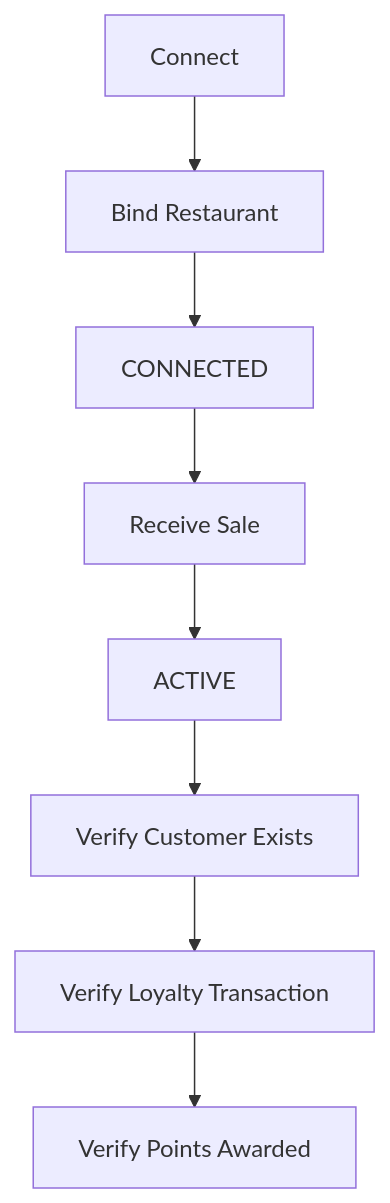
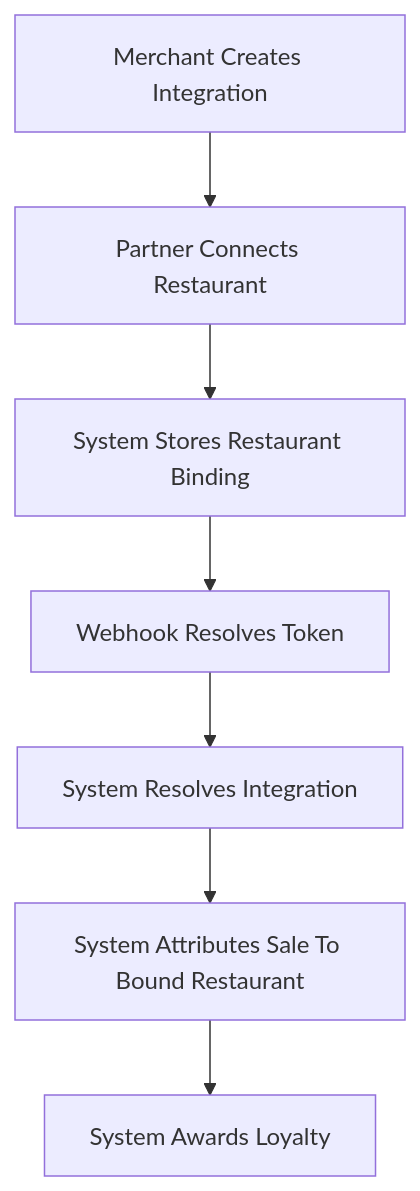
One commit to krischal07/docs changed the diagram in integrations/restrox/PARTNER-HANDOFF.md. Above: the diagram before and after it, drawn with Mermaid. The commit also changed other lines of this file and 42 other files, not shown here.

````diff
--- a/integrations/restrox/PARTNER-HANDOFF.md
+++ b/integrations/restrox/PARTNER-HANDOFF.md
@@ -27,10 +27,9 @@
 ```mermaid
 flowchart TD
-  A["Connect"] --> B["Bind Restaurant"]
-  B --> C["CONNECTED"]
-  C --> D["Receive Sale"]
-  D --> E["ACTIVE"]
-  E --> F["Verify Customer Exists"]
-  F --> G["Verify Loyalty Transaction"]
-  G --> H["Verify Points Awarded"]
+  A["Merchant Creates Integration"] --> B["Partner Connects Restaurant"]
+  B --> C["System Stores Restaurant Binding"]
+  C --> D["Webhook Resolves Token"]
+  D --> E["System Resolves Integration"]
+  E --> F["System Attributes Sale To Bound Restaurant"]
+  F --> G["System Awards Loyalty"]
 ```
````
